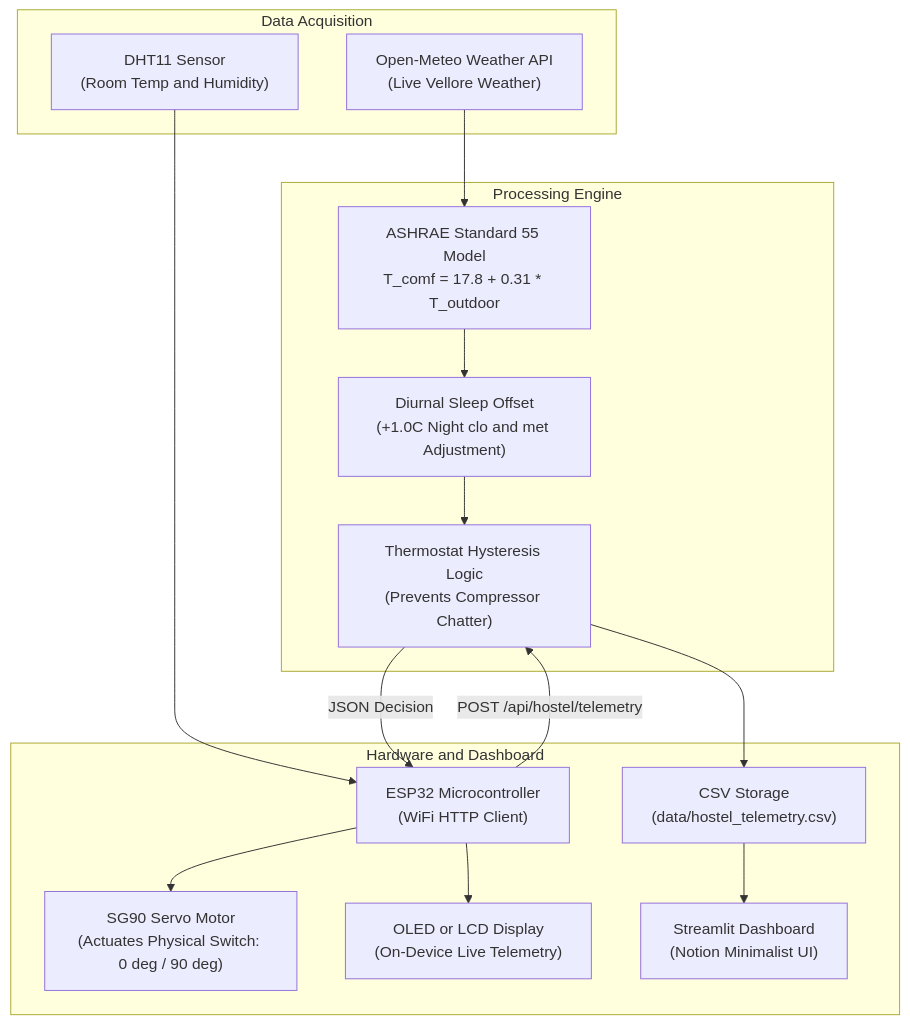
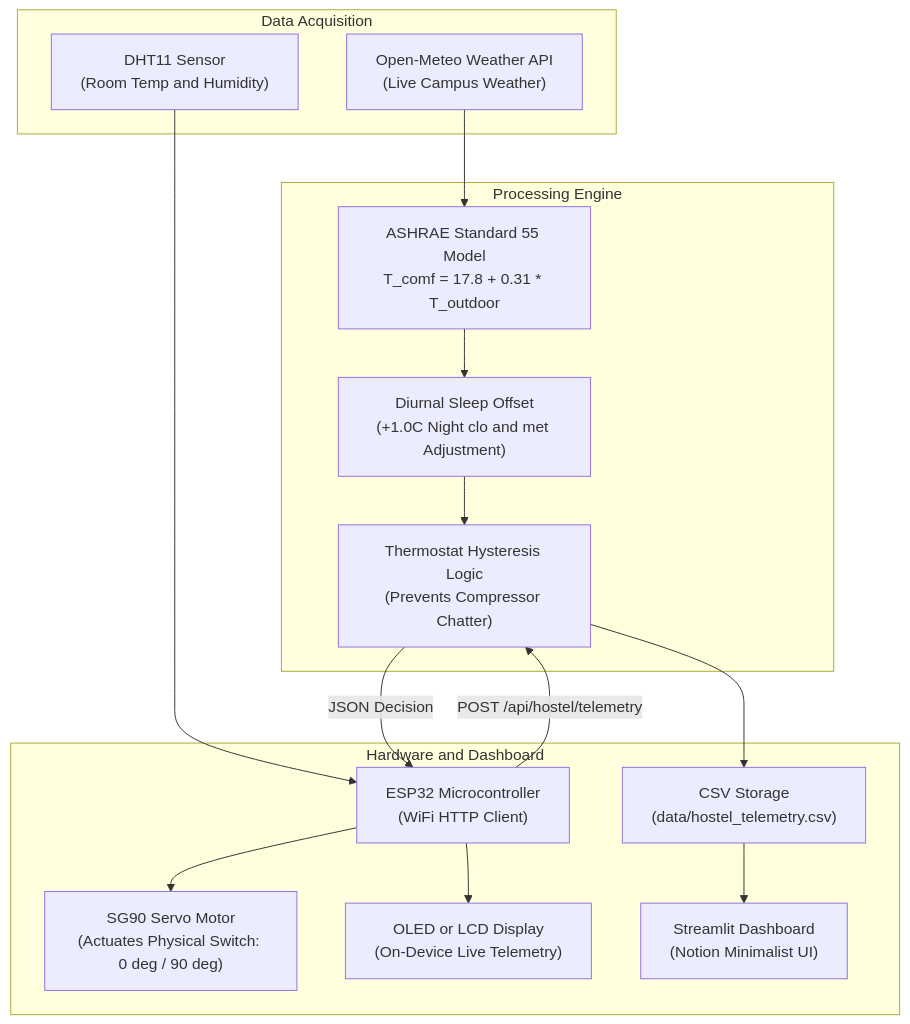
One commit to tezz-e/adaptivethermalac changed the diagram in README.md. Above: the diagram before and after it, drawn with Mermaid. The commit also changed other lines of this file and 7 other files, not shown here.

````diff
--- a/README.md
+++ b/README.md
@@ -62,32 +62,32 @@
 ```mermaid
 flowchart TD
     subgraph Data Acquisition
-        API["Open-Meteo Weather API<br/>(Live Vellore Weather)"]
+        API["Open-Meteo Weather API<br/>(Live Campus Weather)"]
         DHT["DHT11 Sensor<br/>(Room Temp and Humidity)"]
     end
 
     subgraph Processing Engine
         ASHRAE["ASHRAE Standard 55 Model<br/>T_comf = 17.8 + 0.31 * T_outdoor"]
         SLEEP["Diurnal Sleep Offset<br/>(+1.0C Night clo and met Adjustment)"]
         HYST["Thermostat Hysteresis Logic<br/>(Prevents Compressor Chatter)"]
     end
 
     subgraph Hardware and Dashboard
         ESP["ESP32 Microcontroller<br/>(WiFi HTTP Client)"]
         SERVO["SG90 Servo Motor<br/>(Actuates Physical Switch: 0 deg / 90 deg)"]
         OLED["OLED or LCD Display<br/>(On-Device Live Telemetry)"]
         DASH["Streamlit Dashboard<br/>(Notion Minimalist UI)"]
         CSV["CSV Storage<br/>(data/hostel_telemetry.csv)"]
     end
 
     API --> ASHRAE
     ASHRAE --> SLEEP
     SLEEP --> HYST
     DHT --> ESP
     ESP -->|POST /api/hostel/telemetry| HYST
     HYST -->|JSON Decision| ESP
     ESP --> SERVO
     ESP --> OLED
     HYST --> CSV
     CSV --> DASH
 ```
````
